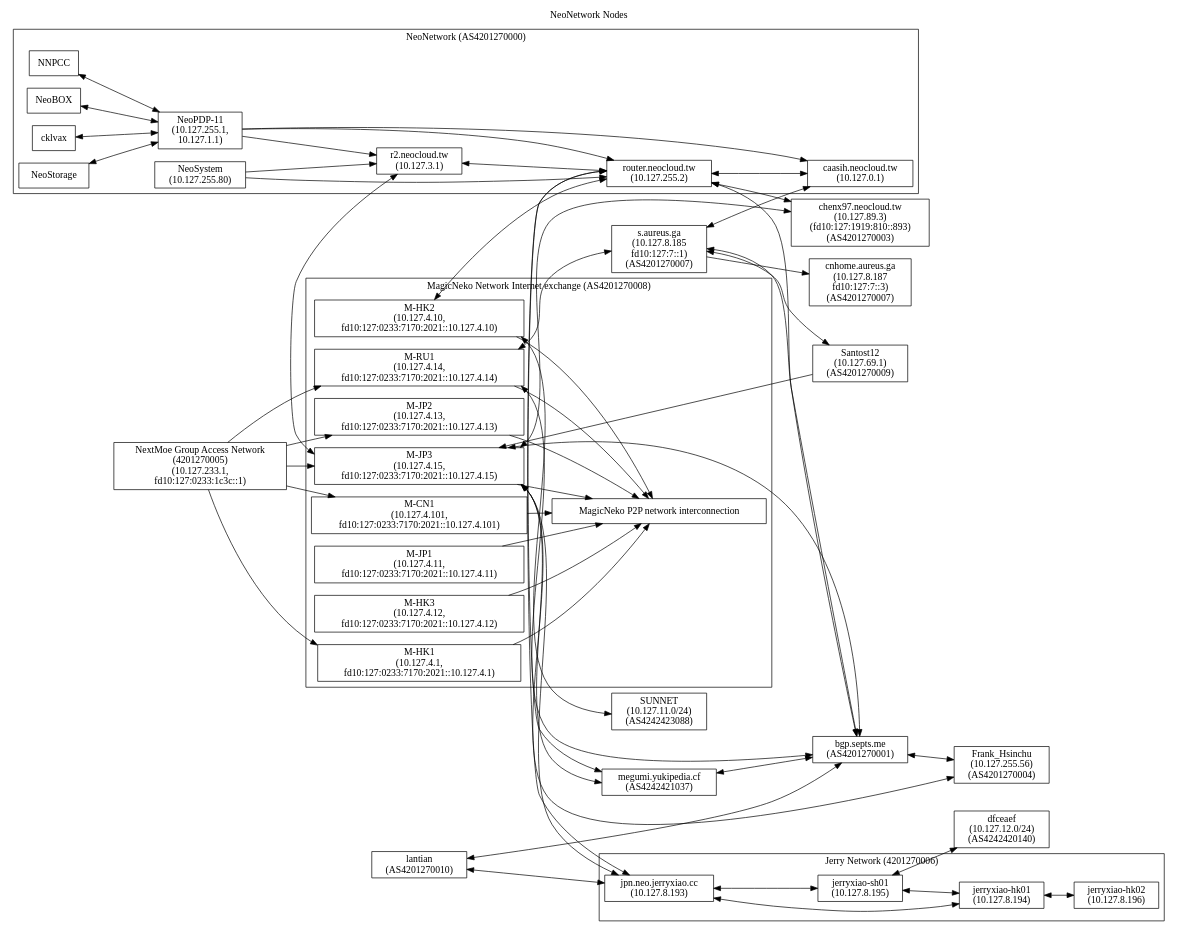
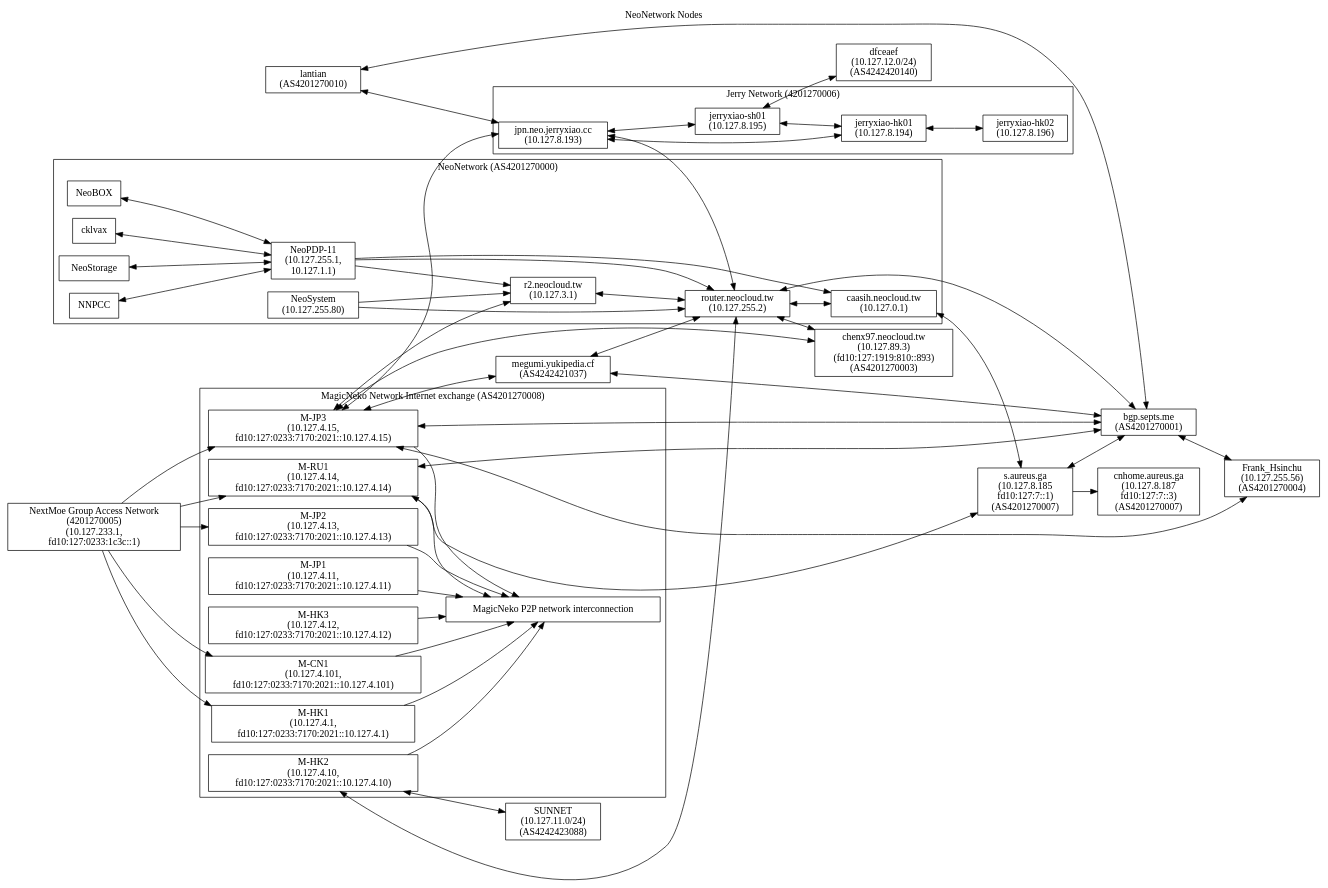
Before and after one commit to NeoCloud/NeoNetwork: the diagram in nodes.dot, drawn with Graphviz. The commit also changed 6 other files, not shown here.

```diff
--- a/nodes.dot
+++ b/nodes.dot
@@ -1,108 +1,105 @@
 digraph "NeoNetwork Nodes"
 {
 	label="NeoNetwork Nodes";
 	labelloc="t";
 	rankdir=LR;
 	node [shape=box]
 	c [label="caasih.neocloud.tw\n(10.127.0.1)"]
 	ucbvax [label="router.neocloud.tw\n(10.127.255.2)"]
 	np11 [label="NeoPDP-11\n(10.127.255.1,\n10.127.1.1)"]
 	ns [label="NeoSystem\n(10.127.255.80)"]
 	megumiLHS [label="megumi.yukipedia.cf\n(AS4242421037)"]
 	pan [label="r2.neocloud.tw\n(10.127.3.1)"]
 	icecat_Explosion [label="MagicNeko P2P network interconnection"]
 	icecat_Notebook [label="NextMoe Group Access Network\n(4201270005)\n(10.127.233.1,\nfd10:127:0233:1c3c::1)"]
 	magicneko_HK01 [label="M-HK1\n(10.127.4.1,\nfd10:127:0233:7170:2021::10.127.4.1)"]
 	magicneko_HK02 [label="M-HK2\n(10.127.4.10,\nfd10:127:0233:7170:2021::10.127.4.10)"]
 	magicneko_JP01 [label="M-JP1\n(10.127.4.11,\nfd10:127:0233:7170:2021::10.127.4.11)"]
 	magicneko_HK03 [label="M-HK3\n(10.127.4.12,\nfd10:127:0233:7170:2021::10.127.4.12)"]
 	magicneko_JP02 [label="M-JP2\n(10.127.4.13,\nfd10:127:0233:7170:2021::10.127.4.13)"]
 	magicneko_RU01 [label="M-RU1\n(10.127.4.14,\nfd10:127:0233:7170:2021::10.127.4.14)"]
 	magicneko_JP03 [label="M-JP3\n(10.127.4.15,\nfd10:127:0233:7170:2021::10.127.4.15)"]
 	magicneko_CN01 [label="M-CN1\n(10.127.4.101,\nfd10:127:0233:7170:2021::10.127.4.101)"]
 	staph [label="s.aureus.ga\n(10.127.8.185\nfd10:127:7::1)\n(AS4201270007)"]
 	staph_CN [label="cnhome.aureus.ga\n(10.127.8.187\nfd10:127:7::3)\n(AS4201270007)"]
 	chenx97 [label="chenx97.neocloud.tw\n(10.127.89.3)\n(fd10:127:1919:810::893)\n(AS4201270003)"]
 	JerryXiao [label="jpn.neo.jerryxiao.cc\n(10.127.8.193)"]
 	JerryXiao_SH01 [label="jerryxiao-sh01\n(10.127.8.195)"]
 	JerryXiao_HK01 [label="jerryxiao-hk01\n(10.127.8.194)"]
 	JerryXiao_HK02 [label="jerryxiao-hk02\n(10.127.8.196)"]
 	septs [label="bgp.septs.me\n(AS4201270001)"]
 	lantian [label="lantian\n(AS4201270010)"]
 	dfceaef [label="dfceaef\n(10.127.12.0/24)\n(AS4242420140)"]
 	SUNNET [label="SUNNET\n(10.127.11.0/24)\n(AS4242423088)"]
-	santost12 [label="Santost12\n(10.127.69.1)\n(AS4201270009)"]
 	frank_hsinchu [label="Frank_Hsinchu\n(10.127.255.56)\n(AS4201270004)"]
 
 	subgraph cluster_AS4201270000
 	{
 		label = "NeoNetwork (AS4201270000)";
 
 		NNPCC -> np11 [dir=both]
 		NeoBOX -> np11 [dir=both]
 		cklvax -> np11 [dir=both]
 		NeoStorage -> np11 [dir=both]
 		np11 -> ucbvax
 		np11 -> pan
 		np11 -> c
 		ucbvax -> c [dir=both]
 		ns -> ucbvax
 		ns -> pan
 		pan -> ucbvax [dir=both]
 	}
 
 	megumiLHS -> ucbvax [dir=both]
 	magicneko_HK02 -> ucbvax [dir=both]
 	c -> staph [dir=both]
 	staph -> staph_CN
 	ucbvax -> chenx97 [dir=both]
 
 	subgraph cluster_4201270008
 	{
 		label="MagicNeko Network Internet exchange (AS4201270008)";
 
 		magicneko_HK01 -> icecat_Explosion
 		magicneko_HK02 -> icecat_Explosion
 		magicneko_JP01 -> icecat_Explosion
 		magicneko_HK03 -> icecat_Explosion
 		magicneko_JP02 -> icecat_Explosion
 		magicneko_RU01 -> icecat_Explosion
 		magicneko_JP03 -> icecat_Explosion
 		magicneko_CN01 -> icecat_Explosion
 	}
 
 	subgraph cluster_4201270006
 	{
 		label="Jerry Network (4201270006)";
 
 		JerryXiao -> JerryXiao_SH01 [dir=both]
 		JerryXiao -> JerryXiao_HK01 [dir=both]
 		JerryXiao_SH01 -> JerryXiao_HK01 [dir=both]
 		JerryXiao_HK01 -> JerryXiao_HK02 [dir=both]
 	}
 
 	JerryXiao -> ucbvax [dir=both]
 	JerryXiao_SH01 -> dfceaef [dir=both]
 	magicneko_JP03 -> JerryXiao [dir=both]
 	lantian -> septs [dir=both]
 	lantian -> JerryXiao [dir=both]
 	magicneko_JP03 -> septs [dir=both]
 	staph -> septs [dir=both]
 	ucbvax -> septs [dir=both]
 	magicneko_JP03 -> chenx97 [dir=both]
 	magicneko_RU01 -> staph [dir=both]
 	megumiLHS -> septs [dir=both]
 	magicneko_HK02 -> SUNNET [dir=both]
-	staph -> santost12 [dir=both]
 	magicneko_RU01 -> septs [dir=both]
 	magicneko_JP03 -> megumiLHS [dir=both]
 	magicneko_JP03 -> frank_hsinchu [dir=both]
 	septs	->	frank_hsinchu	[dir=both]
 	icecat_Notebook -> magicneko_HK01
 	icecat_Notebook -> magicneko_JP03
 	icecat_Notebook -> magicneko_RU01
 	icecat_Notebook -> magicneko_CN01
 	icecat_Notebook -> magicneko_JP02
-	santost12	-> magicneko_JP03
 	pan -> magicneko_JP03 [dir=both]
 }
```
